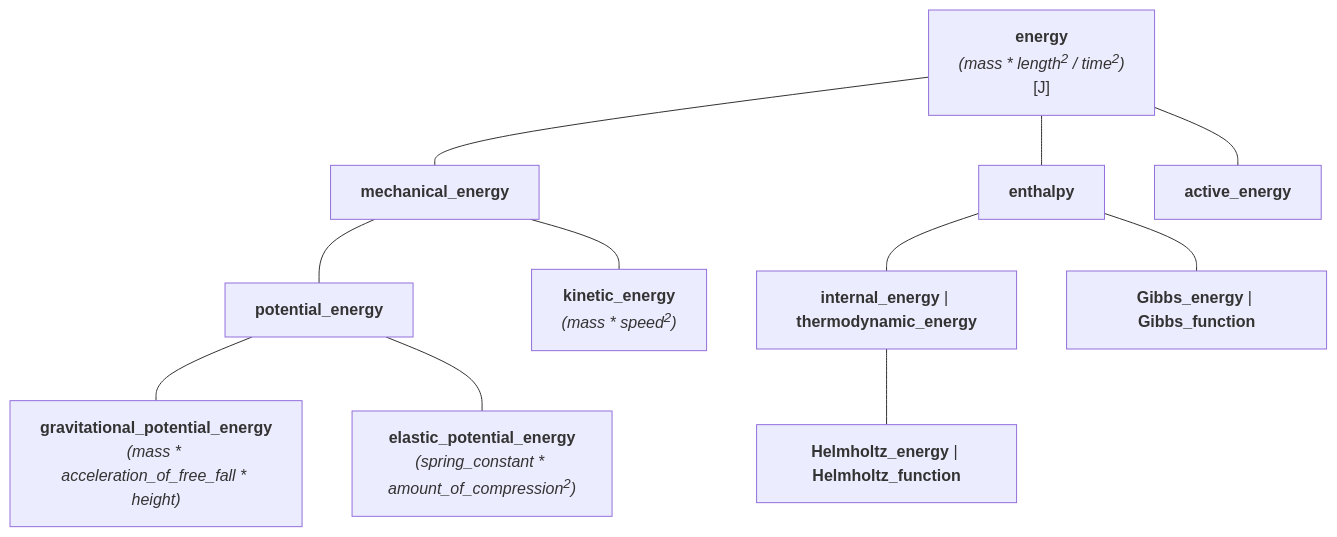
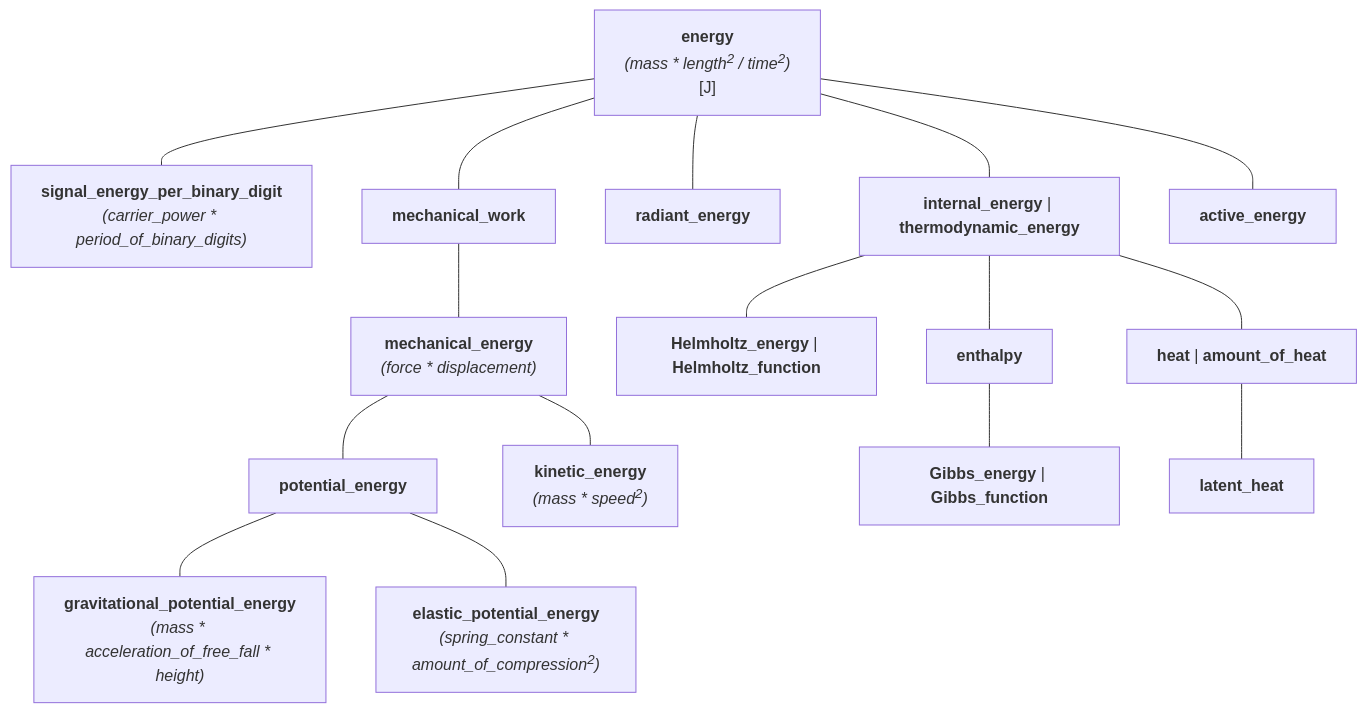
The second of 2 diagrams in docs/users_guide/framework_basics/systems_of_quantities.md (mpusz/mp-units), drawn with Mermaid before and after one commit. The commit also changed 1 other file, not shown here.

Commit message:
docs: quantity hierarchies in the User's Guide upated to match auto-generated ones

````diff
--- a/docs/users_guide/framework_basics/systems_of_quantities.md
+++ b/docs/users_guide/framework_basics/systems_of_quantities.md
@@ -341,14 +341,19 @@
 ```mermaid
 flowchart TD
     energy["<b>energy</b><br><i>(mass * length<sup>2</sup> / time<sup>2</sup>)</i><br>[J]"]
-    energy --- mechanical_energy["<b>mechanical_energy</b>"]
+    energy --- signal_energy_per_binary_digit["<b>signal_energy_per_binary_digit</b><br><i>(carrier_power * period_of_binary_digits)</i>"]
+    energy --- mechanical_work["<b>mechanical_work</b>"]
+    mechanical_work --- mechanical_energy["<b>mechanical_energy</b><br><i>(force * displacement)</i>"]
     mechanical_energy --- potential_energy["<b>potential_energy</b>"]
     potential_energy --- gravitational_potential_energy["<b>gravitational_potential_energy</b><br><i>(mass * acceleration_of_free_fall * height)</i>"]
     potential_energy --- elastic_potential_energy["<b>elastic_potential_energy</b><br><i>(spring_constant * amount_of_compression<sup>2</sup>)</i>"]
     mechanical_energy --- kinetic_energy["<b>kinetic_energy</b><br><i>(mass * speed<sup>2</sup>)</i>"]
-    energy --- enthalpy["<b>enthalpy</b>"]
-    enthalpy --- internal_energy["<b>internal_energy</b> | <b>thermodynamic_energy</b>"]
+    energy --- radiant_energy["<b>radiant_energy</b>"]
+    energy --- internal_energy["<b>internal_energy</b> | <b>thermodynamic_energy</b>"]
     internal_energy --- Helmholtz_energy["<b>Helmholtz_energy</b> | <b>Helmholtz_function</b>"]
+    internal_energy --- enthalpy["<b>enthalpy</b>"]
     enthalpy --- Gibbs_energy["<b>Gibbs_energy</b> | <b>Gibbs_function</b>"]
+    internal_energy --- heat["<b>heat</b> | <b>amount_of_heat</b>"]
+    heat --- latent_heat["<b>latent_heat</b>"]
     energy --- active_energy["<b>active_energy</b>"]
 ```
````
